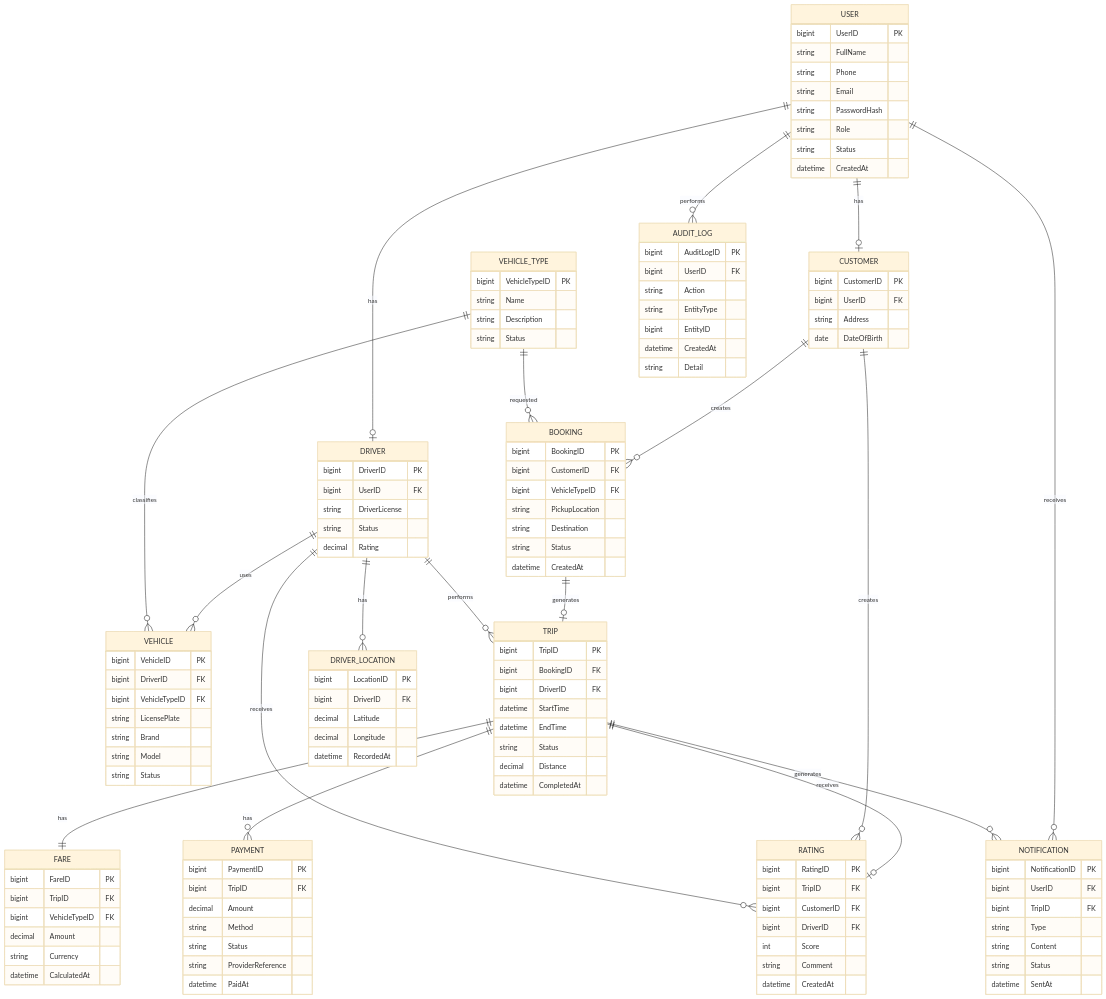
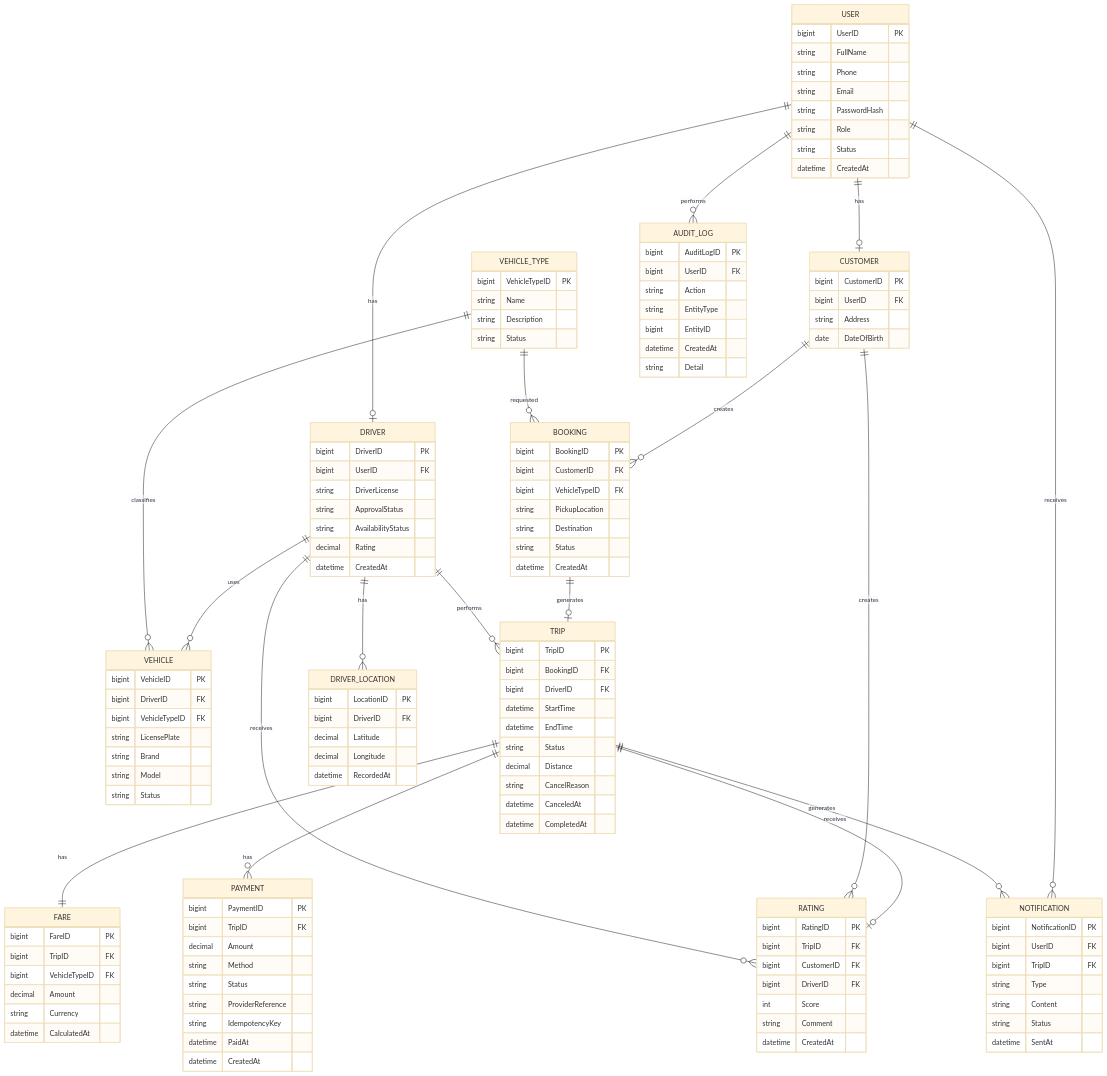
One commit to kanztran2605/23646731_TranQuocKhang_Cabsystem changed the fourth of 5 diagrams in SRS.md. Above: the diagram before and after it, drawn with Mermaid (base theme). The commit also changed other lines of this file, not shown here.

```diff
--- a/SRS.md
+++ b/SRS.md
@@ -820,8 +850,10 @@
         bigint DriverID PK
         bigint UserID FK
         string DriverLicense
-        string Status
+        string ApprovalStatus
+        string AvailabilityStatus
         decimal Rating
+        datetime CreatedAt
     }
 
     VEHICLE {
@@ -859,6 +891,8 @@
         datetime EndTime
         string Status
         decimal Distance
+        string CancelReason
+        datetime CanceledAt
         datetime CompletedAt
     }
 
@@ -886,7 +920,9 @@
         string Method
         string Status
         string ProviderReference
+        string IdempotencyKey
         datetime PaidAt
+        datetime CreatedAt
     }
 
     RATING {
```
